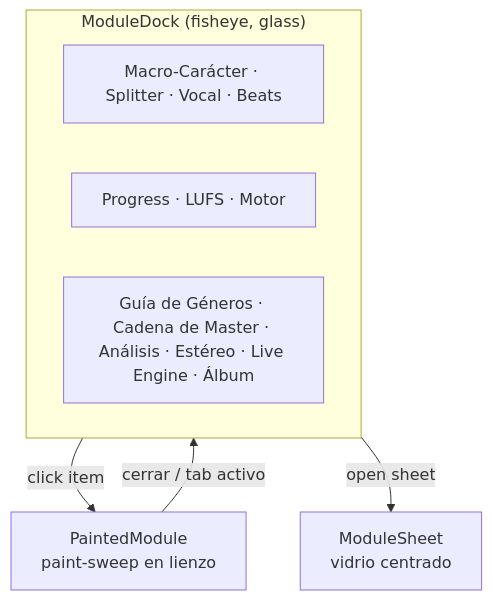
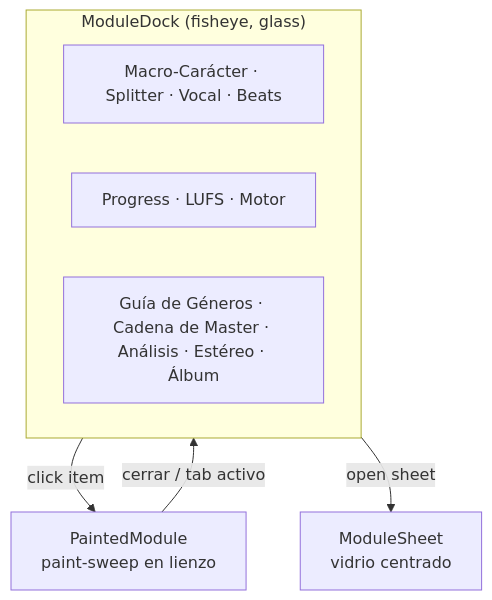
Before and after one commit to Masive-porjects/Brik: the fourth of 8 diagrams in docs/manual/UX_MAP.md, drawn with Mermaid. The commit also changed other lines of this file and 13 other files, not shown here.

First line of the commit message:
docs: purge stale Live Engine references from current documentation

````diff
--- a/docs/manual/UX_MAP.md
+++ b/docs/manual/UX_MAP.md
@@ -51,11 +51,11 @@
 ```mermaid
 flowchart TB
     subgraph Dock["ModuleDock (fisheye, glass)"]
         G1["Macro-Carácter · Splitter · Vocal · Beats"]
         T["Progress · LUFS · Motor"]
-        G2["Guía de Géneros · Cadena de Master · Análisis · Estéreo · Live Engine · Álbum"]
+        G2["Guía de Géneros · Cadena de Master · Análisis · Estéreo · Álbum"]
     end
     Dock -->|click item| Paint["PaintedModule<br/>paint-sweep en lienzo"]
     Dock -->|open sheet| Sheet["ModuleSheet<br/>vidrio centrado"]
     Paint -->|cerrar / tab activo| Dock
 ```
````
